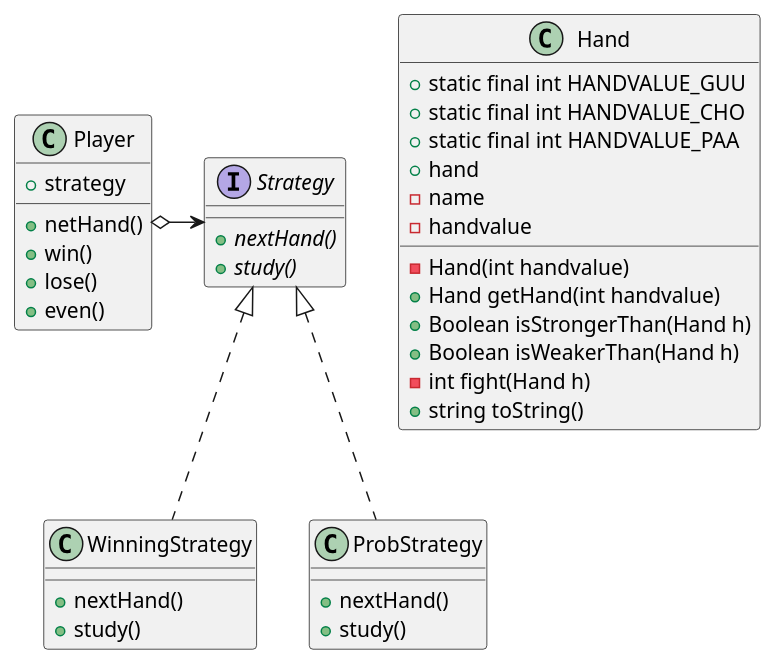
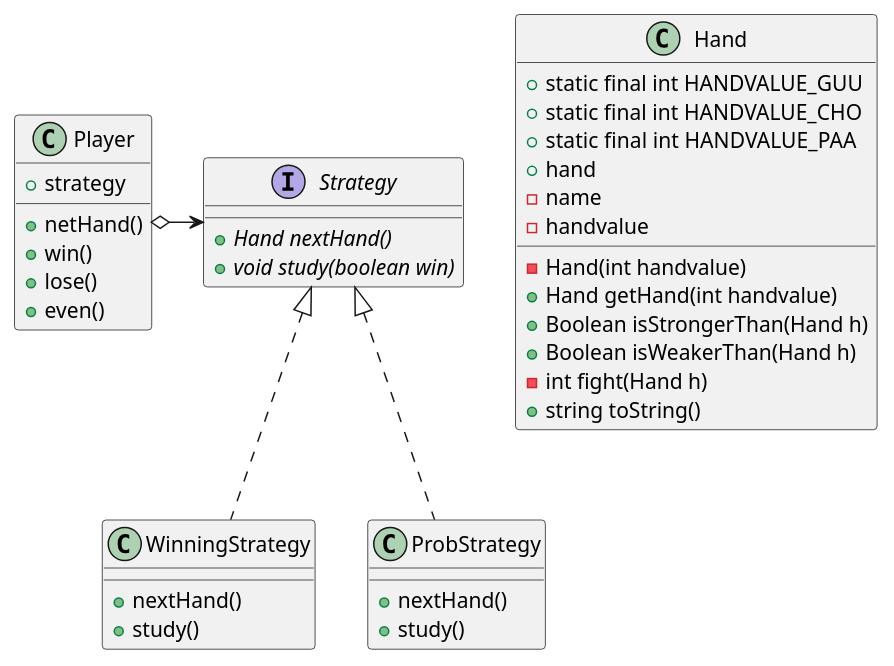
One commit to ku2ma2/design_pattern changed the diagram in Strategy/README.md. Above: the diagram before and after it, drawn with PlantUML. The commit also changed 1 other file, not shown here.

Commit message:
Add Strategy

````diff
--- a/Strategy/README.md
+++ b/Strategy/README.md
@@ -4,48 +4,48 @@
 ```uml
 @startuml
 
 class Player {
     +strategy
     +netHand()
     +win()
     +lose()
     +even()
 }
 
 interface Strategy {
-    {abstract} +nextHand()
-    {abstract} +study()
+    {abstract} +Hand nextHand()
+    {abstract} +void study(boolean win)
 }
 
 class WinningStrategy {
     +nextHand()
     +study()
 }
 
 class ProbStrategy {
     +nextHand()
     +study()
 }
 
 class Hand {
     +static final int HANDVALUE_GUU
     +static final int HANDVALUE_CHO
     +static final int HANDVALUE_PAA
     +hand
     -name
     -handvalue
     -Hand(int handvalue)
     +Hand getHand(int handvalue)
     +Boolean isStrongerThan(Hand h)
     +Boolean isWeakerThan(Hand h)
     -int fight(Hand h)
     +string toString()
 }
 
 Player o-right-> Strategy
 WinningStrategy .up.|> Strategy
 ProbStrategy .up.|> Strategy
 
 
 @enduml
 ```
````
